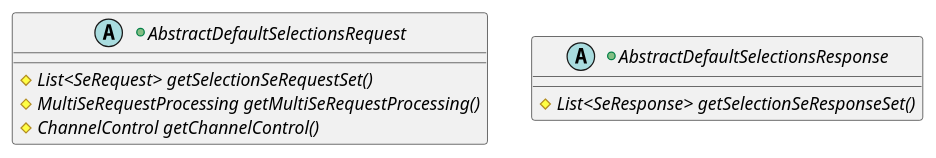
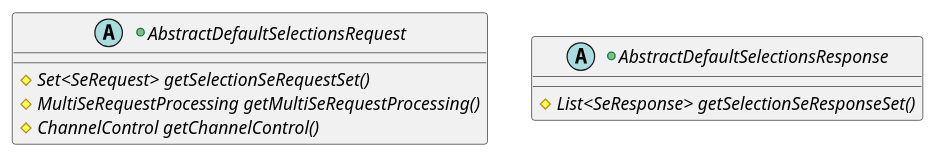
One commit to calypsonet/keyple changed diagram 34 of 42 in src/KeypleCoreApi/ApplicationApi/puml/KeypleCore-ApplicationApi-ClassDiag-SE_Proxy-ClassElements.iuml. Above: the diagram before and after it, drawn with PlantUML. The commit also changed other lines of this file and 36 other files, not shown here.

```diff
--- a/src/KeypleCoreApi/ApplicationApi/puml/KeypleCore-ApplicationApi-ClassDiag-SE_Proxy-ClassElements.iuml
+++ b/src/KeypleCoreApi/ApplicationApi/puml/KeypleCore-ApplicationApi-ClassDiag-SE_Proxy-ClassElements.iuml
@@ -377,11 +399,11 @@
-@startuml(id=SEPROXY_DEFAULTSELECTION_0_9)
+@startuml(id=SEPROXY_DEFAULTSELECTION_0_8_0)
 +abstract AbstractDefaultSelectionsRequest {
-  {abstract} #List<SeRequest> getSelectionSeRequestSet()
+  {abstract} #Set<SeRequest> getSelectionSeRequestSet()
   {abstract} #MultiSeRequestProcessing getMultiSeRequestProcessing()
   {abstract} #ChannelControl getChannelControl()
 }
 
 +abstract AbstractDefaultSelectionsResponse {
   {abstract} #List<SeResponse> getSelectionSeResponseSet()
 }
 @enduml
```
